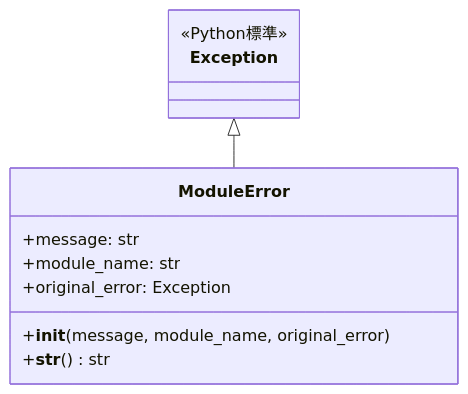
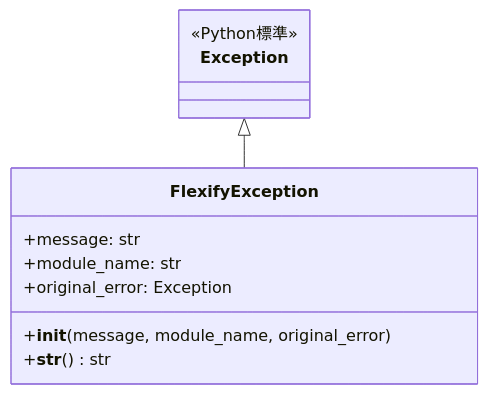
One commit to kitfactory/flexify changed the third of 4 diagrams in docs/architecture.md. Above: the diagram before and after it, drawn with Mermaid. The commit also changed other lines of this file and 16 other files, not shown here.

First line of the commit message:
refactor: Rename ModuleError to FlexifyException

````diff
--- a/docs/architecture.md
+++ b/docs/architecture.md
@@ -174,16 +174,16 @@
 ```mermaid
 classDiagram
     class Exception {
         <<Python標準>>
     }
     
-    class ModuleError {
+    class FlexifyException {
         +message: str
         +module_name: str
         +original_error: Exception
         +__init__(message, module_name, original_error)
         +__str__() str
     }
     
-    Exception <|-- ModuleError
+    Exception <|-- FlexifyException
 ```
````
